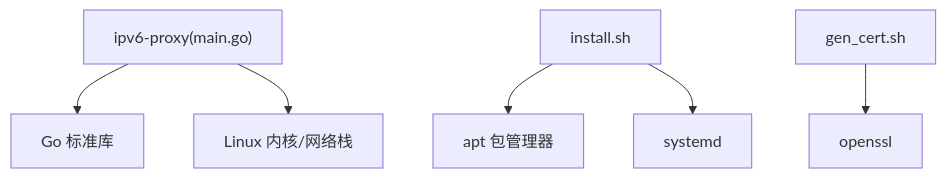
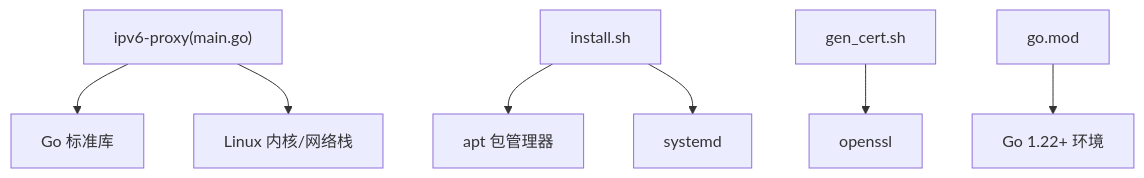
Before and after one commit to chuwang9964/ipv6-proxy-pool: the fourth of 4 diagrams in .qoder/repowiki/zh/content/配置参考.md, drawn with Mermaid. The commit also changed other lines of this file and 22 other files, not shown here.

````diff
--- a/.qoder/repowiki/zh/content/配置参考.md
+++ b/.qoder/repowiki/zh/content/配置参考.md
@@ -232,8 +271,9 @@
 ```mermaid
 graph TB
 App["ipv6-proxy(main.go)"] --> StdLib["Go 标准库"]
 App --> Sys["Linux 内核/网络栈"]
 Install["install.sh"] --> Apt["apt 包管理器"]
 Install --> Systemd["systemd"]
 Cert["gen_cert.sh"] --> OpenSSL["openssl"]
+Module["go.mod"] --> GoEnv["Go 1.22+ 环境"]
 ```
````
